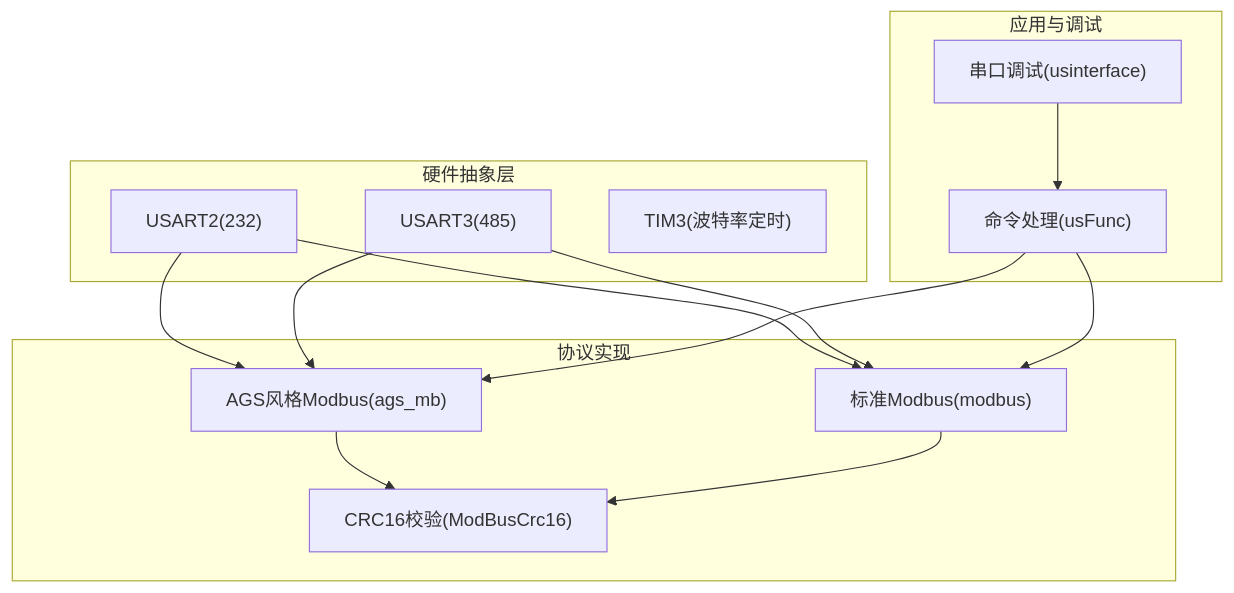
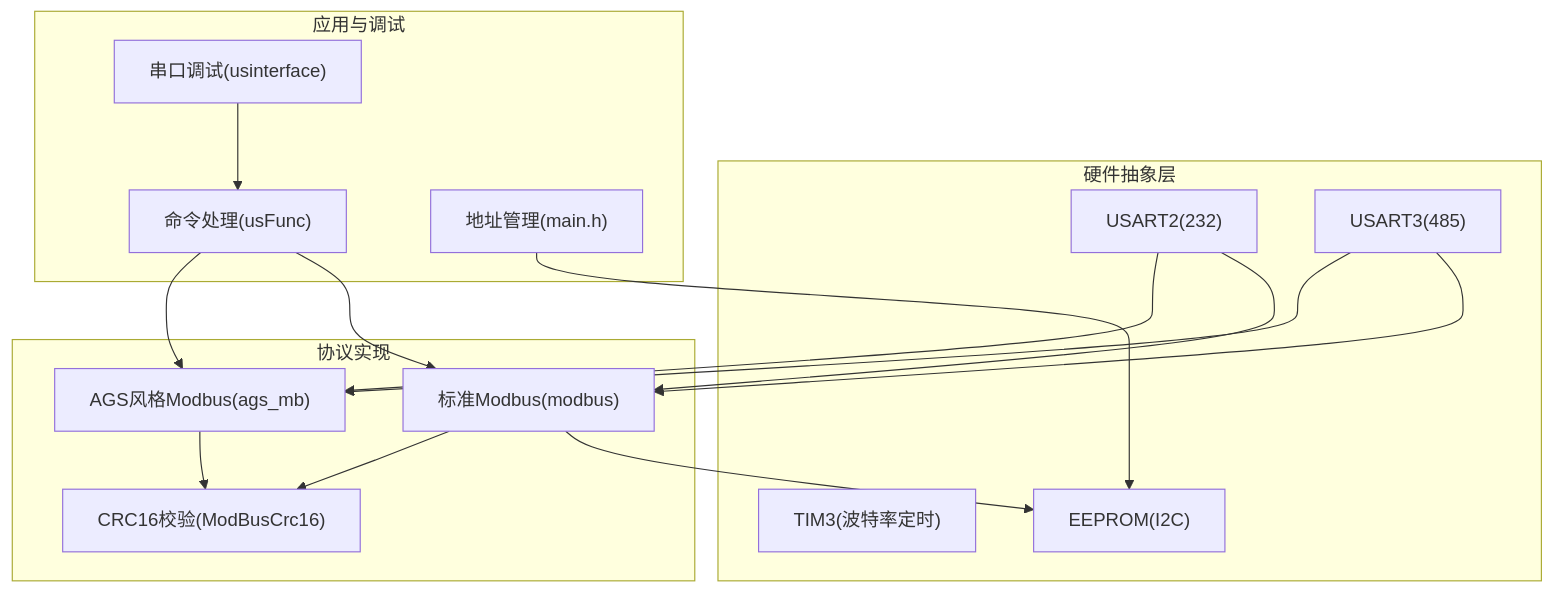
The first of 6 diagrams in .qoder/repowiki/zh/content/通信协议栈/Modbus协议实现.md (zym787/general-switcher), drawn with Mermaid before and after one commit. The commit also changed other lines of this file and 2 other files, not shown here.

````diff
--- a/.qoder/repowiki/zh/content/通信协议栈/Modbus协议实现.md
+++ b/.qoder/repowiki/zh/content/通信协议栈/Modbus协议实现.md
@@ -44,26 +59,30 @@
 ```mermaid
 graph TB
 subgraph "硬件抽象层"
 USART2["USART2(232)"]
 USART3["USART3(485)"]
 TIM3["TIM3(波特率定时)"]
+EEPROM["EEPROM(I2C)"]
 end
 subgraph "协议实现"
 AGS["AGS风格Modbus(ags_mb)"]
 STD["标准Modbus(modbus)"]
 CRC["CRC16校验(ModBusCrc16)"]
 end
 subgraph "应用与调试"
 UI["串口调试(usinterface)"]
 FUNC["命令处理(usFunc)"]
+ADDR["地址管理(main.h)"]
 end
 USART2 --> AGS
 USART3 --> AGS
 USART2 --> STD
 USART3 --> STD
 AGS --> CRC
 STD --> CRC
 UI --> FUNC
 FUNC --> AGS
 FUNC --> STD
+ADDR --> EEPROM
+STD --> EEPROM
 ```
````
